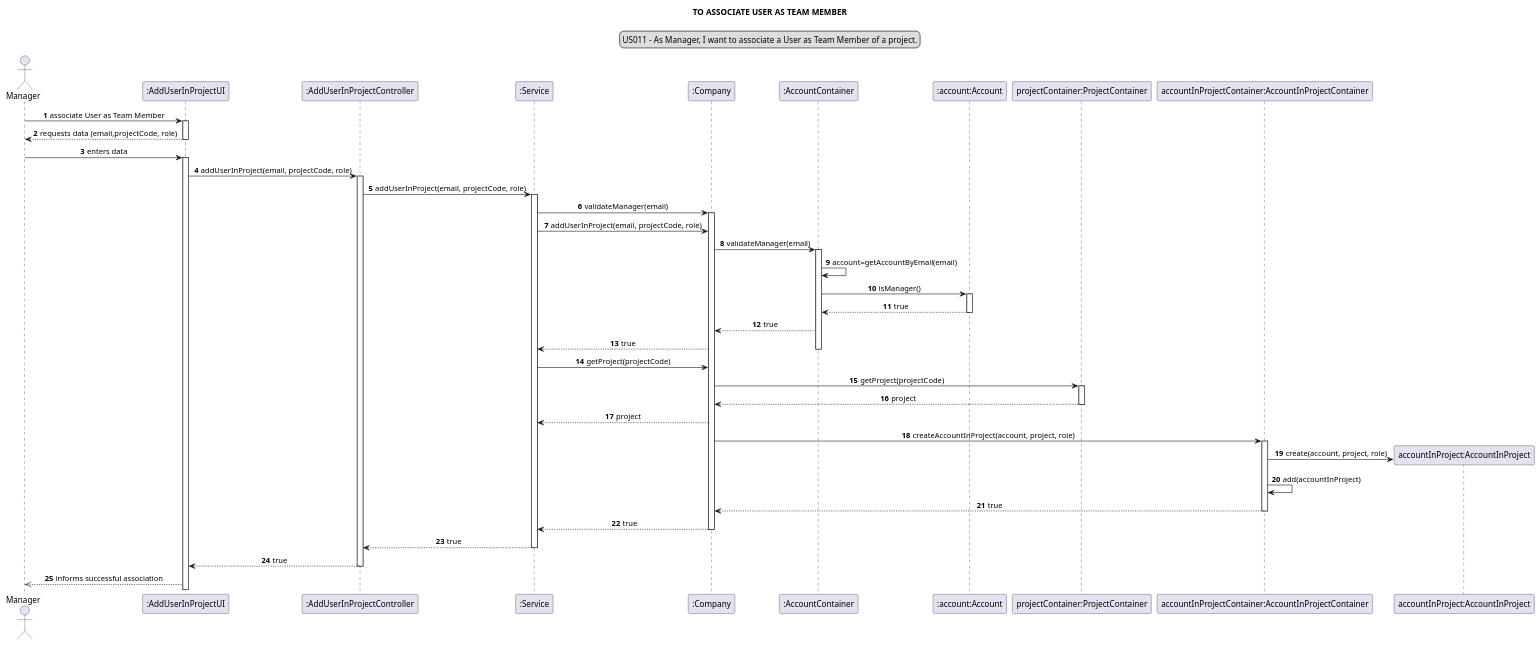
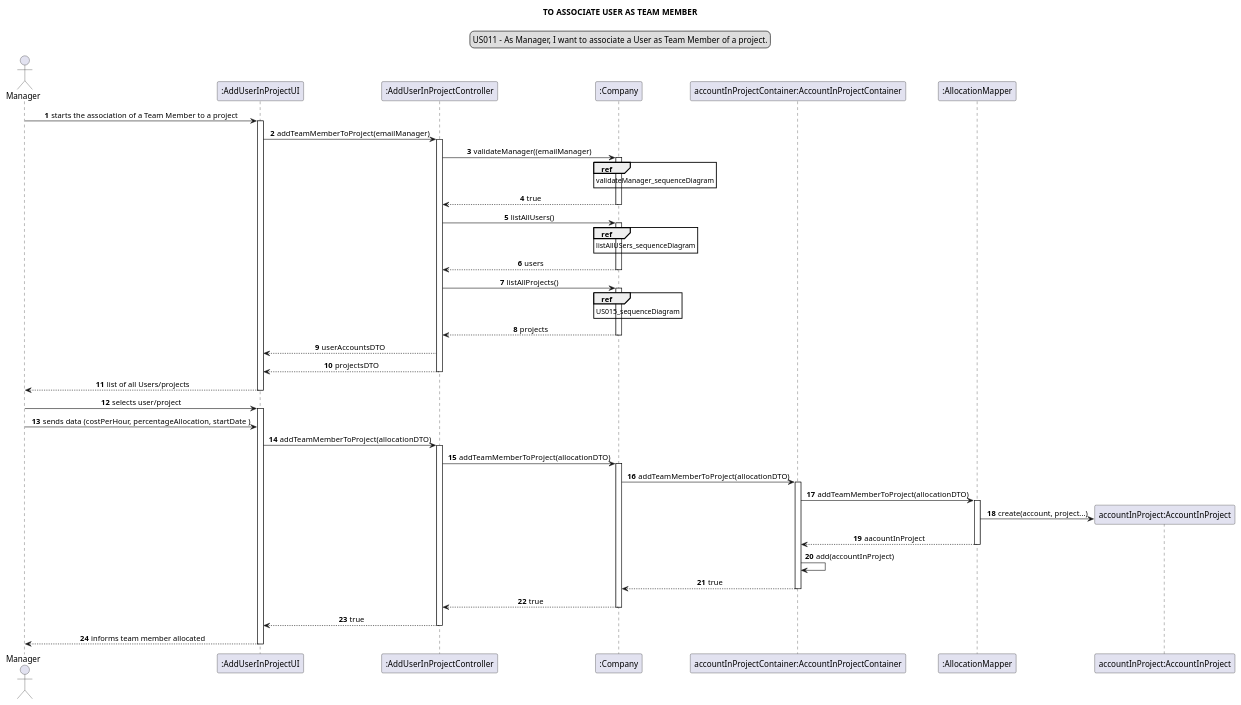
Before and after one commit to Loracline/project_switch_22-23: the diagram in docs/modelling_design/user_stories/us011/US011_sequenceDiagram.puml, drawn with PlantUML. The commit also changed other lines of this file and 2 other files, not shown here.

Commit message:
US011 : Design : refinement os Class Diagram and Sequence Diagram (addition of references and DTOs).

```diff
--- a/docs/modelling_design/user_stories/us011/US011_sequenceDiagram.puml
+++ b/docs/modelling_design/user_stories/us011/US011_sequenceDiagram.puml
@@ -1,67 +1,71 @@
 @startuml
 
 skinparam sequenceMessageAlign center
 title TO ASSOCIATE USER AS TEAM MEMBER
 legend top
 US011 - As Manager, I want to associate a User as Team Member of a project.
 end legend
 autonumber
 
 actor Manager
 participant ":AddUserInProjectUI" as ui
 participant ":AddUserInProjectController" as controller
-participant ":Service" as ser
 participant ":Company" as company
-participant ":AccountContainer" as acccontainer
-participant ":account:Account" as acc
-participant "projectContainer:ProjectContainer" as pcontainer
 participant "accountInProjectContainer:AccountInProjectContainer" as accinprojcont
+participant ":AllocationMapper" as mapper
 participant "accountInProject:AccountInProject" as accinproj
 
+Manager -> ui: starts the association of a Team Member to a project
+activate ui
+/'Manager <-- ui:  requests data (email,projectCode, role)'/
+ui -> controller: addTeamMemberToProject(emailManager)
+activate controller
+controller -> company: validateManager((emailManager)
+activate company
+ref over company: validateManager_sequenceDiagram
+company --> controller: true
+deactivate company
+controller -> company: listAllUsers()
+activate company
+ref over company: listAllUSers_sequenceDiagram
+company --> controller: users
+deactivate company
+controller -> company: listAllProjects()
+activate company
+ref over company: US015_sequenceDiagram
+company --> controller: projects
+deactivate company
+controller --> ui: userAccountsDTO
+controller --> ui: projectsDTO
+deactivate controller
+ui --> Manager: list of all Users/projects
 
-Manager -> ui:  associate User as Team Member
+deactivate ui
+
+Manager -> ui: selects user/project
 activate ui
-Manager <-- ui:  requests data (email,projectCode, role)
-deactivate ui
-Manager -> ui:  enters data
-activate ui
-ui -> controller: addUserInProject(email, projectCode, role)
+Manager -> ui: sends data (costPerHour, percentageAllocation, startDate )
+ui -> controller: addTeamMemberToProject(allocationDTO)
 activate controller
-controller -> ser: addUserInProject(email, projectCode, role)
-activate ser
-company <- ser: validateManager(email)
+controller -> company: addTeamMemberToProject(allocationDTO)
 activate company
-company <- ser: addUserInProject(email, projectCode, role)
-company -> acccontainer: validateManager(email)
-activate acccontainer
-acccontainer -> acccontainer: account=getAccountByEmail(email)
-acccontainer -> acc: isManager()
-activate acc
-acccontainer <-- acc: true
-deactivate acc
-acccontainer --> company: true
-company --> ser: true
-deactivate acccontainer
-ser -> company: getProject(projectCode)
-company -> pcontainer:getProject(projectCode)
-activate pcontainer
-company <-- pcontainer: project
-deactivate pcontainer
-ser <-- company: project
-accinprojcont <- company: createAccountInProject(account, project, role)
+company -> accinprojcont: addTeamMemberToProject(allocationDTO)
 activate accinprojcont
+accinprojcont -> mapper: addTeamMemberToProject(allocationDTO)
+activate mapper
 create accinproj
-accinprojcont -> accinproj: create(account, project, role)
-'https://stackoverflow.com/questions/27001842/how-to-draw-calls-from-constructors-in-uml-sequence-diagrams
-
+mapper -> accinproj: create(account, project...)
+mapper --> accinprojcont: aacountInProject
+deactivate mapper
 accinprojcont -> accinprojcont: add(accountInProject)
 accinprojcont --> company: true
 deactivate accinprojcont
-company --> ser: true
+company --> controller: true
 deactivate company
-ser --> controller: true
-deactivate ser
 controller --> ui: true
 deactivate controller
-ui -->> Manager: informs successful association
+ui --> Manager: informs team member allocated
+deactivate ui
+
+
 @enduml
```
